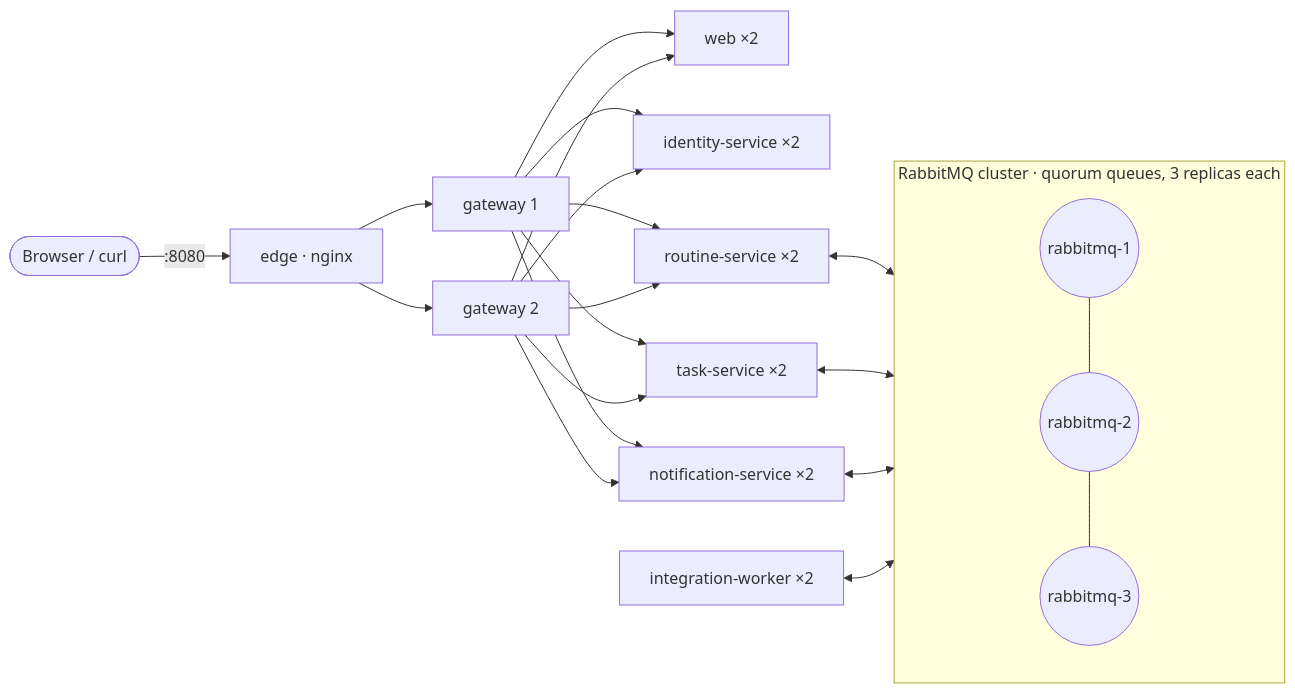
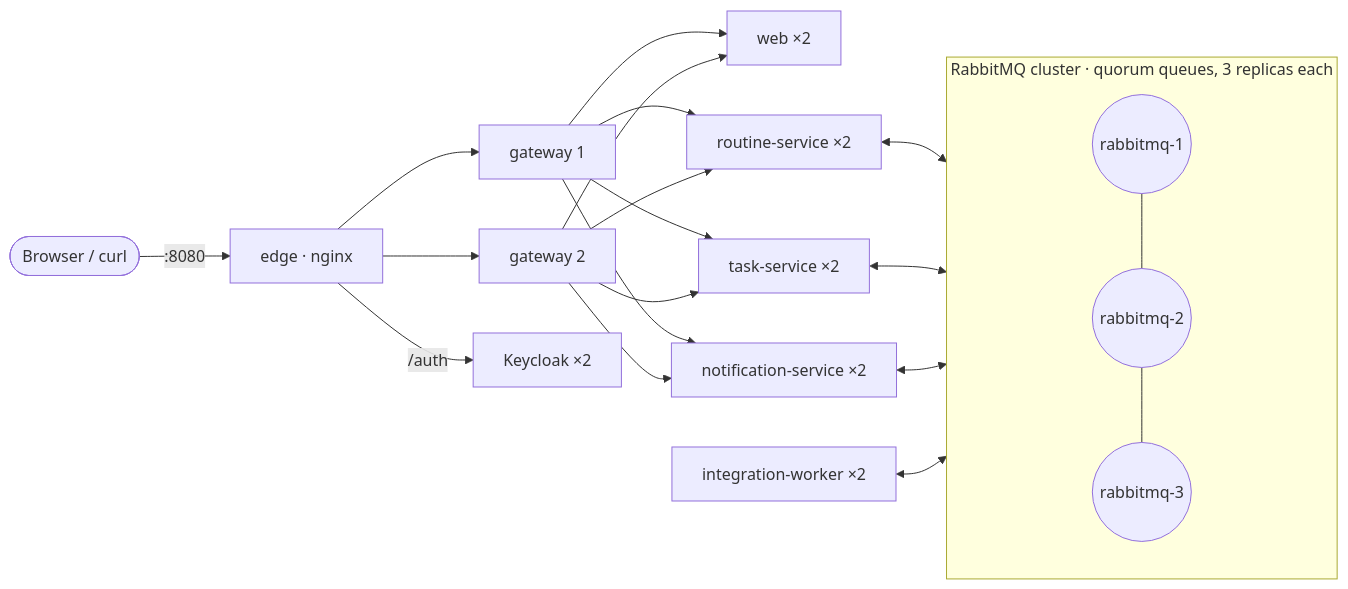
The diagram in docs/availability.md (sxpersxnic/tbz-m321-routine), drawn with Mermaid before and after one commit. The commit also changed other lines of this file and 35 other files, not shown here.

First line of the commit message:
feat: Keycloak as identity provider, sign-in with OpenID Connect

````diff
--- a/docs/availability.md
+++ b/docs/availability.md
@@ -16,15 +16,15 @@
 ```mermaid
 flowchart LR
     Client([Browser / curl]) -->|:8080| EDGE[edge · nginx]
     EDGE --> GW1[gateway 1] & GW2[gateway 2]
     GW1 & GW2 --> WEB[web ×2]
-    GW1 & GW2 --> ID[identity-service ×2]
+    EDGE -->|/auth| KC[Keycloak ×2]
     GW1 & GW2 --> RS[routine-service ×2]
     GW1 & GW2 --> TS[task-service ×2]
     GW1 & GW2 --> NS[notification-service ×2]
 
     subgraph MB[RabbitMQ cluster · quorum queues, 3 replicas each]
       R1((rabbitmq-1)) --- R2((rabbitmq-2)) --- R3((rabbitmq-3))
     end
     RS & TS & NS & IW[integration-worker ×2] <--> MB
 ```
````
